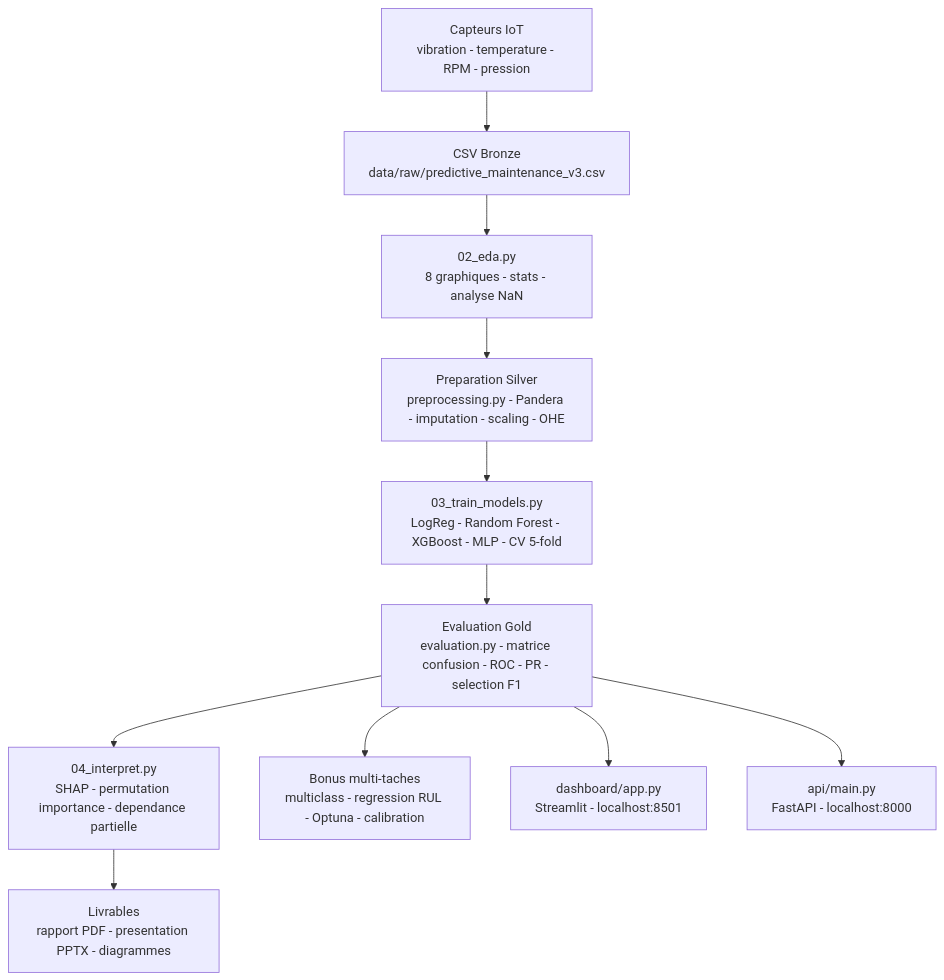
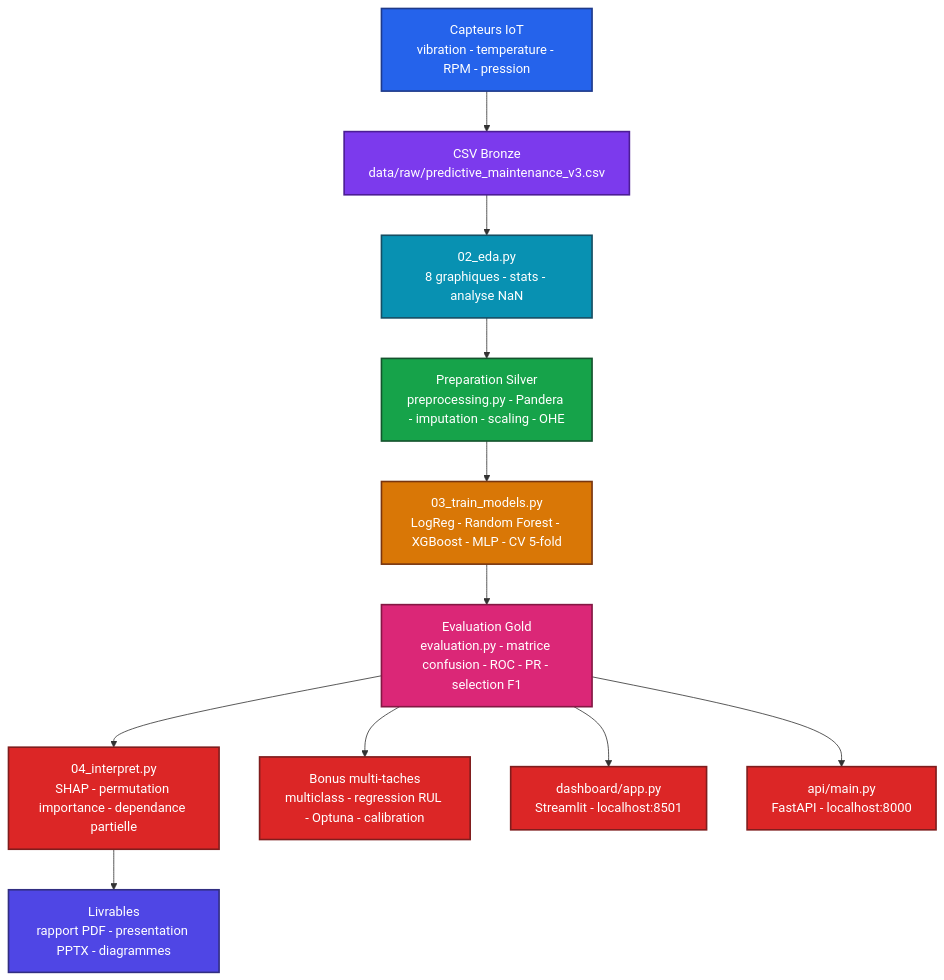
Before and after one commit to Adam-Blf/maintenance-predictive-industrielle: the diagram in README.md, drawn with Mermaid.

Commit message:
docs: add colors to mermaid diagrams (#13)
Each node gets a palette class (by subgraph or by flow depth), subgraphs are tinted, non-flowchart diagrams use a colored base theme. Validated by rendering every diagram before and after.

````diff
--- a/README.md
+++ b/README.md
@@ -136,20 +136,37 @@
 ```mermaid
 flowchart TB
     SENSORS["Capteurs IoT<br/>vibration - temperature - RPM - pression"]
     RAW["CSV Bronze<br/>data/raw/predictive_maintenance_v3.csv"]
     EDA["02_eda.py<br/>8 graphiques - stats - analyse NaN"]
     PREP["Preparation Silver<br/>preprocessing.py - Pandera - imputation - scaling - OHE"]
     TRAIN["03_train_models.py<br/>LogReg - Random Forest - XGBoost - MLP - CV 5-fold"]
     GOLD["Evaluation Gold<br/>evaluation.py - matrice confusion - ROC - PR - selection F1"]
     INTERP["04_interpret.py<br/>SHAP - permutation importance - dependance partielle"]
     BONUS["Bonus multi-taches<br/>multiclass - regression RUL - Optuna - calibration"]
     REPORT["Livrables<br/>rapport PDF - presentation PPTX - diagrammes"]
     DASH["dashboard/app.py<br/>Streamlit - localhost:8501"]
     API["api/main.py<br/>FastAPI - localhost:8000"]
 
     SENSORS --> RAW --> EDA --> PREP --> TRAIN --> GOLD --> INTERP
     GOLD --> BONUS
     INTERP --> REPORT
     GOLD --> DASH
     GOLD --> API
+
+    classDef c0 fill:#2563eb,stroke:#1e3a8a,stroke-width:2px,color:#ffffff
+    classDef c1 fill:#7c3aed,stroke:#4c1d95,stroke-width:2px,color:#ffffff
+    classDef c2 fill:#0891b2,stroke:#164e63,stroke-width:2px,color:#ffffff
+    classDef c3 fill:#16a34a,stroke:#14532d,stroke-width:2px,color:#ffffff
+    classDef c4 fill:#d97706,stroke:#78350f,stroke-width:2px,color:#ffffff
+    classDef c5 fill:#db2777,stroke:#831843,stroke-width:2px,color:#ffffff
+    classDef c6 fill:#dc2626,stroke:#7f1d1d,stroke-width:2px,color:#ffffff
+    classDef c7 fill:#4f46e5,stroke:#312e81,stroke-width:2px,color:#ffffff
+    class SENSORS c0
+    class RAW c1
+    class EDA c2
+    class PREP c3
+    class TRAIN c4
+    class GOLD c5
+    class INTERP,BONUS,DASH,API c6
+    class REPORT c7
 ```
````
